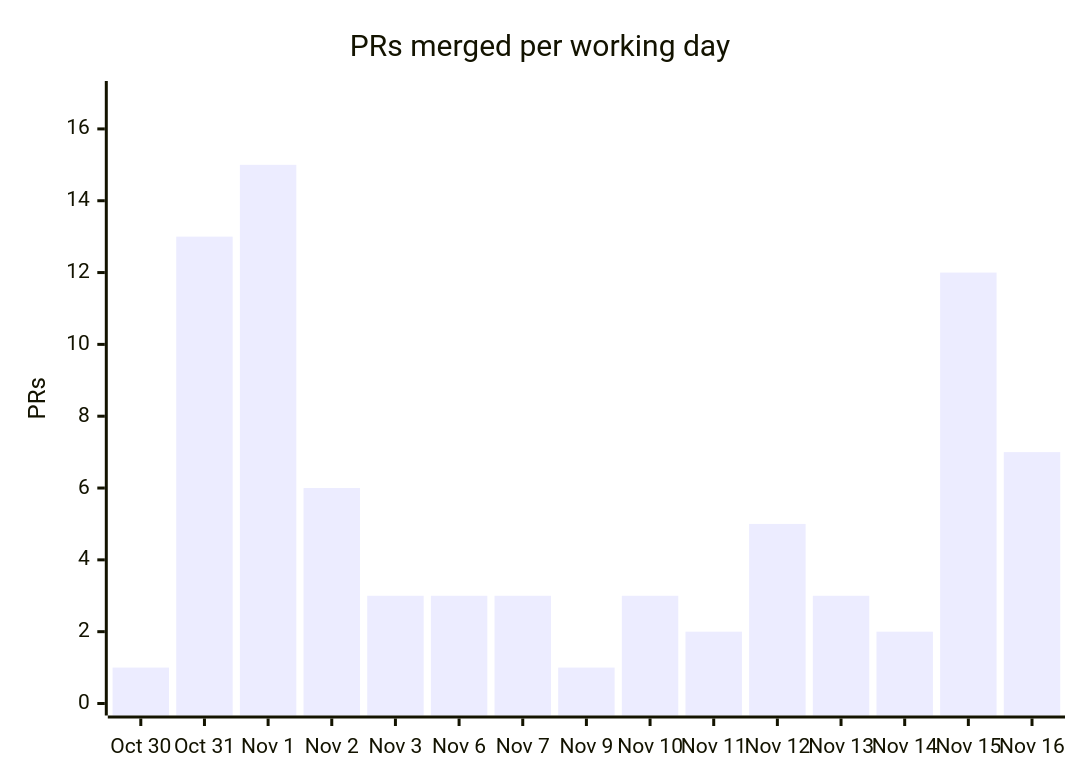
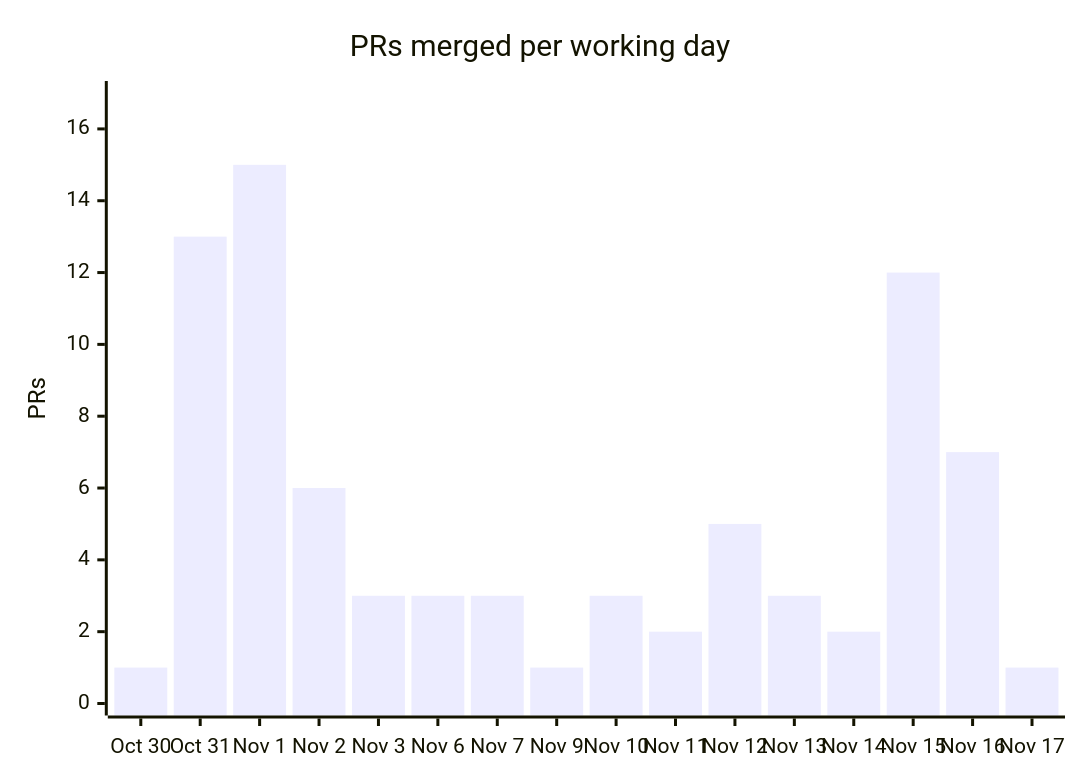
Before and after one commit to cmprssd/nfsh: the fourth of 4 diagrams in docs/OVERVIEW.md, drawn with Mermaid. The commit also changed other lines of this file and 11 other files, not shown here.

````diff
--- a/docs/OVERVIEW.md
+++ b/docs/OVERVIEW.md
@@ -143,7 +143,7 @@
 ```mermaid
 xychart-beta
     title "PRs merged per working day"
-    x-axis ["Oct 30", "Oct 31", "Nov 1", "Nov 2", "Nov 3", "Nov 6", "Nov 7", "Nov 9", "Nov 10", "Nov 11", "Nov 12", "Nov 13", "Nov 14", "Nov 15", "Nov 16"]
+    x-axis ["Oct 30", "Oct 31", "Nov 1", "Nov 2", "Nov 3", "Nov 6", "Nov 7", "Nov 9", "Nov 10", "Nov 11", "Nov 12", "Nov 13", "Nov 14", "Nov 15", "Nov 16", "Nov 17"]
     y-axis "PRs" 0 --> 17
-    bar [1, 13, 15, 6, 3, 3, 3, 1, 3, 2, 5, 3, 2, 12, 7]
+    bar [1, 13, 15, 6, 3, 3, 3, 1, 3, 2, 5, 3, 2, 12, 7, 1]
 ```
````
